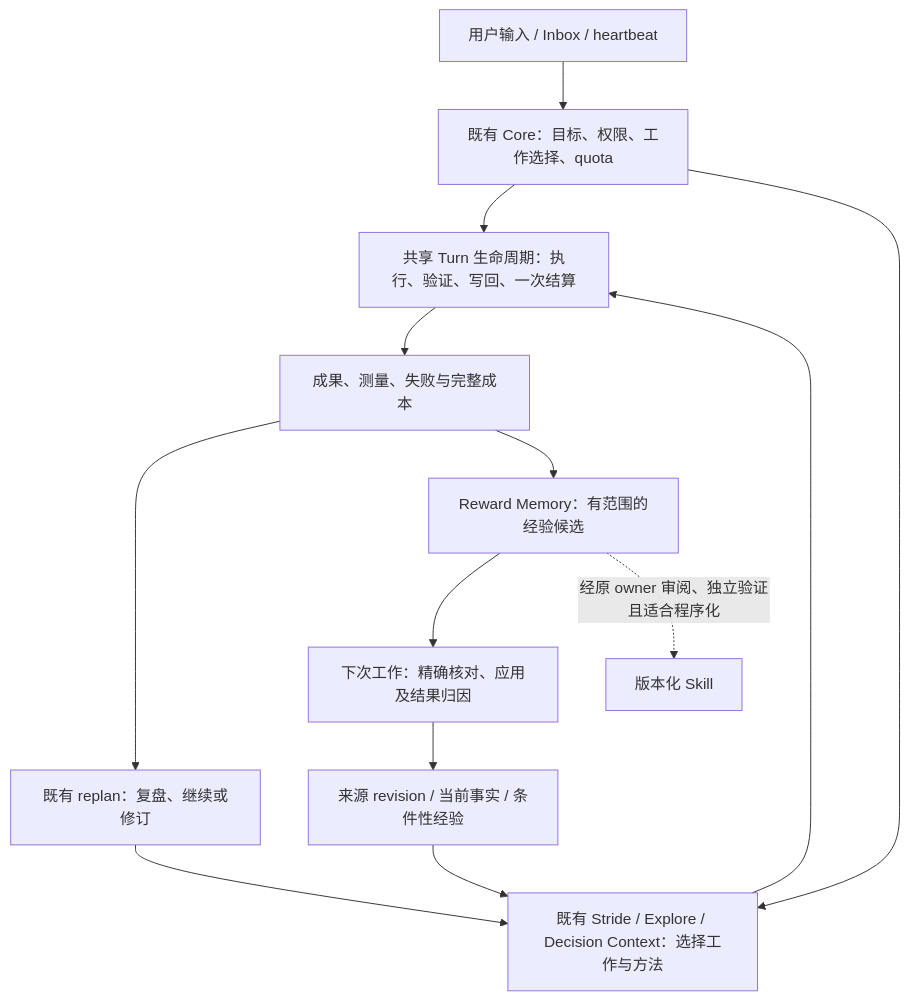
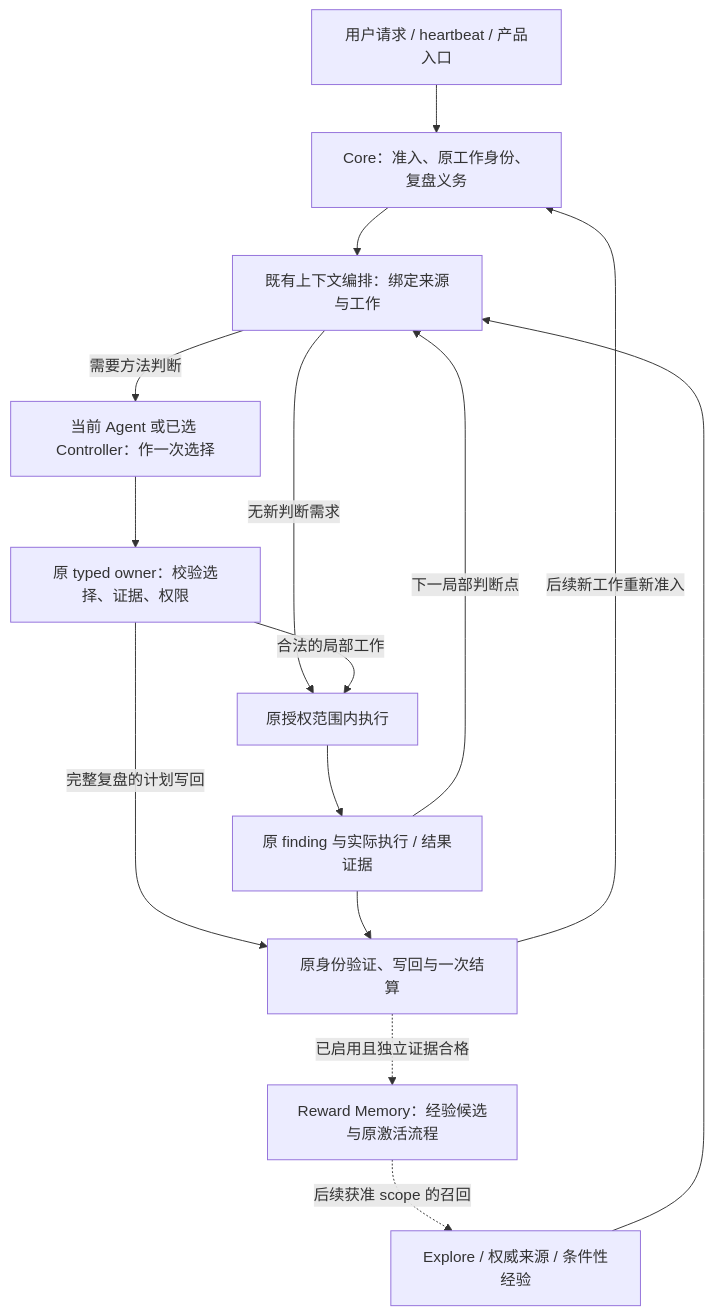
Before and after one commit to loopx-project/loopx: the diagram in docs/architecture/rfcs/mechanism-convergence-and-learning-loop-v0.zh-CN.md, drawn with Mermaid. The commit also changed other lines of this file and 2 other files, not shown here.

Commit message:
docs(rfc): define mechanism composition and decision adoption

````diff
--- a/docs/architecture/rfcs/mechanism-convergence-and-learning-loop-v0.zh-CN.md
+++ b/docs/architecture/rfcs/mechanism-convergence-and-learning-loop-v0.zh-CN.md
@@ -106,15 +93,17 @@
 ```mermaid
 flowchart TD
-    INPUT[用户输入 / Inbox / heartbeat] --> ADMIT[既有 Core：目标、权限、工作选择、quota]
-    ADMIT --> EXEC[共享 Turn 生命周期：执行、验证、写回、一次结算]
-    SOURCES[来源 revision / 当前事实 / 条件性经验] --> CHOOSE[既有 Stride / Explore / Decision Context：选择工作与方法]
-    ADMIT --> CHOOSE
-    CHOOSE --> EXEC
-    EXEC --> OBS[成果、测量、失败与完整成本]
-    OBS --> REVIEW[既有 replan：复盘、继续或修订]
-    REVIEW --> CHOOSE
-    OBS --> EXP[Reward Memory：有范围的经验候选]
-    EXP --> APPLY[下次工作：精确核对、应用及结果归因]
-    APPLY --> SOURCES
-    EXP -.经原 owner 审阅、独立验证且适合程序化.-> SKILL[版本化 Skill]
+    ENTRY[用户请求 / heartbeat / 产品入口] --> CORE[Core：准入、原工作身份、复盘义务]
+    CORE --> CONTEXT[既有上下文编排：绑定来源与工作]
+    SOURCES[Explore / 权威来源 / 条件性经验] --> CONTEXT
+    CONTEXT -->|需要方法判断| AGENT[当前 Agent 或已选 Controller：作一次选择]
+    CONTEXT -->|无新判断需求| WORK[原授权范围内执行]
+    AGENT --> CHECK[原 typed owner：校验选择、证据、权限]
+    CHECK -->|合法的局部工作| WORK
+    CHECK -->|完整复盘的计划写回| SETTLE[原身份验证、写回与一次结算]
+    WORK --> OBS[原 finding 与实际执行 / 结果证据]
+    OBS -->|下一局部判断点| CONTEXT
+    OBS --> SETTLE
+    SETTLE -->|后续新工作重新准入| CORE
+    SETTLE -.已启用且独立证据合格.-> MEMORY[Reward Memory：经验候选与原激活流程]
+    MEMORY -.后续获准 scope 的召回.-> SOURCES
 ```
````
